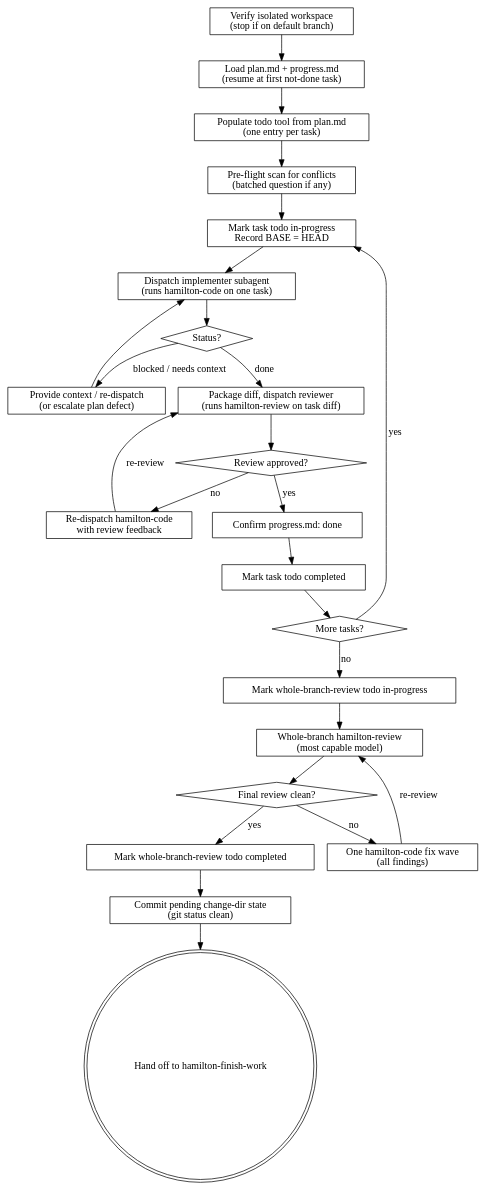
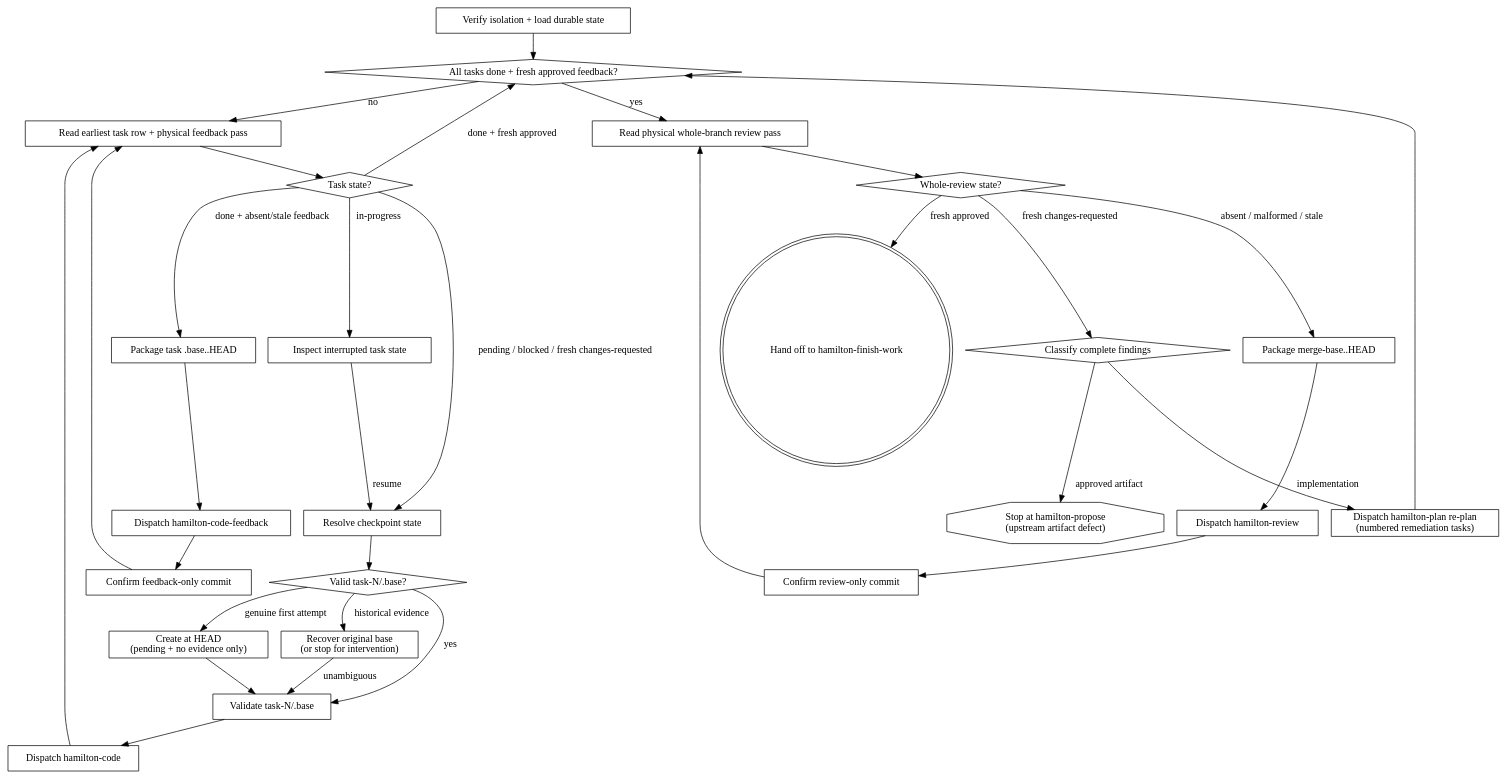
One commit to caiorcferreira/hamilton changed the diagram in skills/hamilton-orchestrate/SKILL.md. Above: the diagram before and after it, drawn with Graphviz. The commit also changed other lines of this file and 144 other files, not shown here.

First line of the commit message:
Separate task execution and feedback from whole-branch review (#41)

````diff
--- a/skills/hamilton-orchestrate/SKILL.md
+++ b/skills/hamilton-orchestrate/SKILL.md
@@ -260,50 +364,58 @@
 ```dot
 digraph hamilton_orchestrate {
-    "Verify isolated workspace\n(stop if on default branch)" [shape=box];
-    "Load plan.md + progress.md\n(resume at first not-done task)" [shape=box];
-    "Populate todo tool from plan.md\n(one entry per task)" [shape=box];
-    "Pre-flight scan for conflicts\n(batched question if any)" [shape=box];
-    "Mark task todo in-progress\nRecord BASE = HEAD" [shape=box];
-    "Dispatch implementer subagent\n(runs hamilton-code on one task)" [shape=box];
-    "Status?" [shape=diamond];
-    "Provide context / re-dispatch\n(or escalate plan defect)" [shape=box];
-    "Package diff, dispatch reviewer\n(runs hamilton-review on task diff)" [shape=box];
-    "Review approved?" [shape=diamond];
-    "Re-dispatch hamilton-code\nwith review feedback" [shape=box];
-    "Confirm progress.md: done" [shape=box];
-    "Mark task todo completed" [shape=box];
-    "More tasks?" [shape=diamond];
-    "Mark whole-branch-review todo in-progress" [shape=box];
-    "Whole-branch hamilton-review\n(most capable model)" [shape=box];
-    "Final review clean?" [shape=diamond];
-    "One hamilton-code fix wave\n(all findings)" [shape=box];
-    "Mark whole-branch-review todo completed" [shape=box];
-    "Commit pending change-dir state\n(git status clean)" [shape=box];
+    "Verify isolation + load durable state" [shape=box];
+    "All tasks done + fresh approved feedback?" [shape=diamond];
+    "Read earliest task row + physical feedback pass" [shape=box];
+    "Task state?" [shape=diamond];
+    "Inspect interrupted task state" [shape=box];
+    "Resolve checkpoint state" [shape=box];
+    "Valid task-N/.base?" [shape=diamond];
+    "Create at HEAD\n(pending + no evidence only)" [shape=box];
+    "Recover original base\n(or stop for intervention)" [shape=box];
+    "Validate task-N/.base" [shape=box];
+    "Dispatch hamilton-code" [shape=box];
+    "Package task .base..HEAD" [shape=box];
+    "Dispatch hamilton-code-feedback" [shape=box];
+    "Confirm feedback-only commit" [shape=box];
+    "Read physical whole-branch review pass" [shape=box];
+    "Whole-review state?" [shape=diamond];
+    "Package merge-base..HEAD" [shape=box];
+    "Dispatch hamilton-review" [shape=box];
+    "Confirm review-only commit" [shape=box];
+    "Classify complete findings" [shape=diamond];
+    "Dispatch hamilton-plan re-plan\n(numbered remediation tasks)" [shape=box];
+    "Stop at hamilton-propose\n(upstream artifact defect)" [shape=octagon];
     "Hand off to hamilton-finish-work" [shape=doublecircle];
 
-    "Verify isolated workspace\n(stop if on default branch)" -> "Load plan.md + progress.md\n(resume at first not-done task)";
-    "Load plan.md + progress.md\n(resume at first not-done task)" -> "Populate todo tool from plan.md\n(one entry per task)";
-    "Populate todo tool from plan.md\n(one entry per task)" -> "Pre-flight scan for conflicts\n(batched question if any)";
-    "Pre-flight scan for conflicts\n(batched question if any)" -> "Mark task todo in-progress\nRecord BASE = HEAD";
-    "Mark task todo in-progress\nRecord BASE = HEAD" -> "Dispatch implementer subagent\n(runs hamilton-code on one task)";
-    "Dispatch implementer subagent\n(runs hamilton-code on one task)" -> "Status?";
-    "Status?" -> "Provide context / re-dispatch\n(or escalate plan defect)" [label="blocked / needs context"];
-    "Provide context / re-dispatch\n(or escalate plan defect)" -> "Dispatch implementer subagent\n(runs hamilton-code on one task)";
-    "Status?" -> "Package diff, dispatch reviewer\n(runs hamilton-review on task diff)" [label="done"];
-    "Package diff, dispatch reviewer\n(runs hamilton-review on task diff)" -> "Review approved?";
-    "Review approved?" -> "Re-dispatch hamilton-code\nwith review feedback" [label="no"];
-    "Re-dispatch hamilton-code\nwith review feedback" -> "Package diff, dispatch reviewer\n(runs hamilton-review on task diff)" [label="re-review"];
-    "Review approved?" -> "Confirm progress.md: done" [label="yes"];
-    "Confirm progress.md: done" -> "Mark task todo completed";
-    "Mark task todo completed" -> "More tasks?";
-    "More tasks?" -> "Mark task todo in-progress\nRecord BASE = HEAD" [label="yes"];
-    "More tasks?" -> "Mark whole-branch-review todo in-progress" [label="no"];
-    "Mark whole-branch-review todo in-progress" -> "Whole-branch hamilton-review\n(most capable model)";
-    "Whole-branch hamilton-review\n(most capable model)" -> "Final review clean?";
-    "Final review clean?" -> "One hamilton-code fix wave\n(all findings)" [label="no"];
-    "One hamilton-code fix wave\n(all findings)" -> "Whole-branch hamilton-review\n(most capable model)" [label="re-review"];
-    "Final review clean?" -> "Mark whole-branch-review todo completed" [label="yes"];
-    "Mark whole-branch-review todo completed" -> "Commit pending change-dir state\n(git status clean)";
-    "Commit pending change-dir state\n(git status clean)" -> "Hand off to hamilton-finish-work";
+    "Verify isolation + load durable state" -> "All tasks done + fresh approved feedback?";
+    "All tasks done + fresh approved feedback?" -> "Read earliest task row + physical feedback pass" [label="no"];
+    "Read earliest task row + physical feedback pass" -> "Task state?";
+    "Task state?" -> "Inspect interrupted task state" [label="in-progress"];
+    "Inspect interrupted task state" -> "Resolve checkpoint state" [label="resume"];
+    "Task state?" -> "Resolve checkpoint state" [label="pending / blocked / fresh changes-requested"];
+    "Resolve checkpoint state" -> "Valid task-N/.base?";
+    "Valid task-N/.base?" -> "Validate task-N/.base" [label="yes"];
+    "Valid task-N/.base?" -> "Create at HEAD\n(pending + no evidence only)" [label="genuine first attempt"];
+    "Create at HEAD\n(pending + no evidence only)" -> "Validate task-N/.base";
+    "Valid task-N/.base?" -> "Recover original base\n(or stop for intervention)" [label="historical evidence"];
+    "Recover original base\n(or stop for intervention)" -> "Validate task-N/.base" [label="unambiguous"];
+    "Validate task-N/.base" -> "Dispatch hamilton-code";
+    "Dispatch hamilton-code" -> "Read earliest task row + physical feedback pass";
+    "Task state?" -> "Package task .base..HEAD" [label="done + absent/stale feedback"];
+    "Package task .base..HEAD" -> "Dispatch hamilton-code-feedback";
+    "Dispatch hamilton-code-feedback" -> "Confirm feedback-only commit";
+    "Confirm feedback-only commit" -> "Read earliest task row + physical feedback pass";
+    "Task state?" -> "All tasks done + fresh approved feedback?" [label="done + fresh approved"];
+    "All tasks done + fresh approved feedback?" -> "Read physical whole-branch review pass" [label="yes"];
+    "Read physical whole-branch review pass" -> "Whole-review state?";
+    "Whole-review state?" -> "Package merge-base..HEAD" [label="absent / malformed / stale"];
+    "Package merge-base..HEAD" -> "Dispatch hamilton-review";
+    "Dispatch hamilton-review" -> "Confirm review-only commit";
+    "Confirm review-only commit" -> "Read physical whole-branch review pass";
+    "Whole-review state?" -> "Classify complete findings" [label="fresh changes-requested"];
+    "Classify complete findings" -> "Dispatch hamilton-plan re-plan\n(numbered remediation tasks)" [label="implementation"];
+    "Dispatch hamilton-plan re-plan\n(numbered remediation tasks)" -> "All tasks done + fresh approved feedback?";
+    "Classify complete findings" -> "Stop at hamilton-propose\n(upstream artifact defect)" [label="approved artifact"];
+    "Whole-review state?" -> "Hand off to hamilton-finish-work" [label="fresh approved"];
 }
 ```
````
